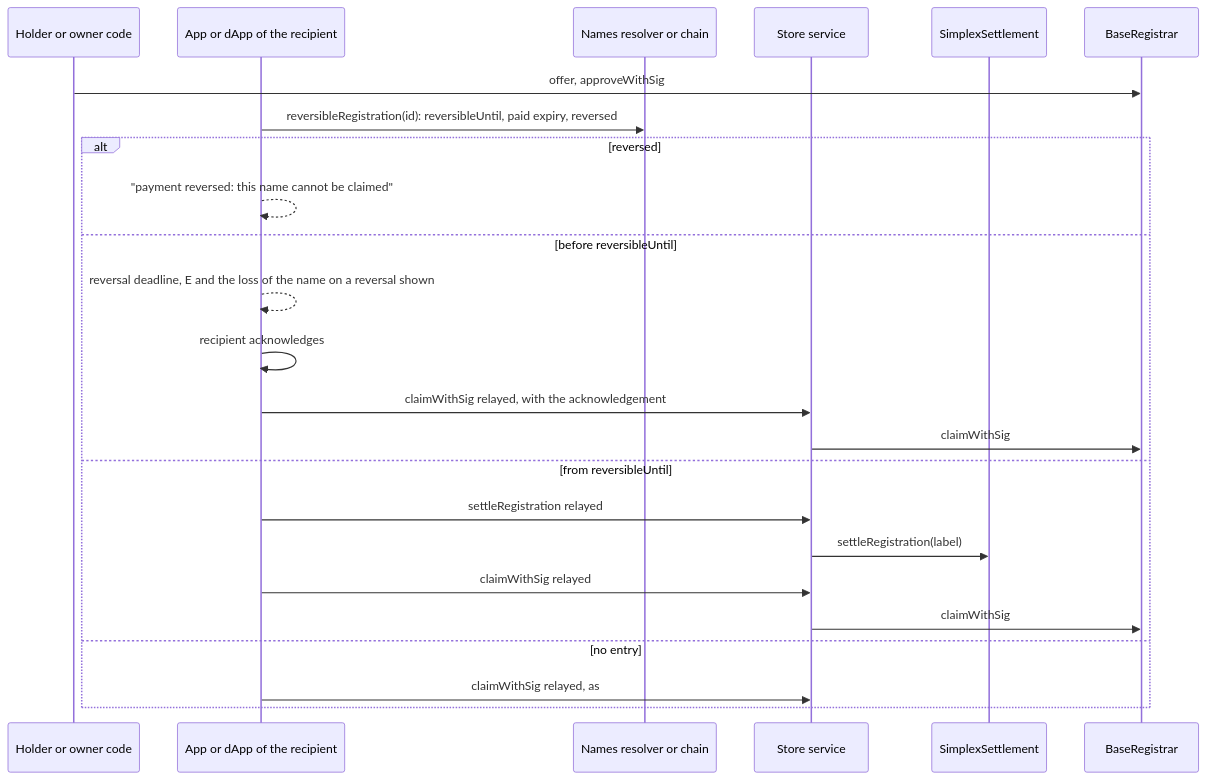
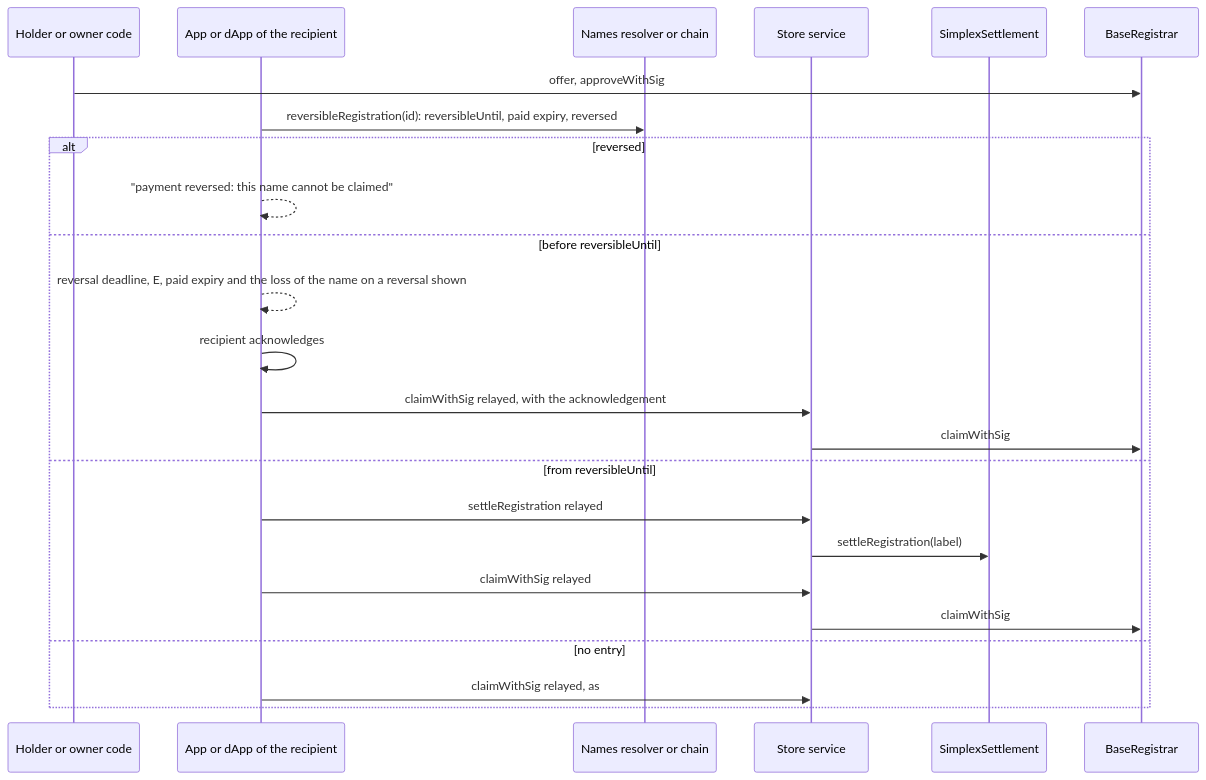
The third of 7 diagrams in docs/plans/payment-reversal.md (brenzi-agent/simplex-namespace-contract), drawn with Mermaid before and after one commit. The commit also changed other lines of this file, not shown here.

````diff
--- a/docs/plans/payment-reversal.md
+++ b/docs/plans/payment-reversal.md
@@ -187,26 +189,26 @@
 ```mermaid
 sequenceDiagram
   participant H as Holder or owner code
   participant Cl as App or dApp of the recipient
   participant Rs as Names resolver or chain
   participant S as Store service
   participant St as SimplexSettlement
   participant R as BaseRegistrar
   H->>R: offer, approveWithSig
   Cl->>Rs: reversibleRegistration(id): reversibleUntil, paid expiry, reversed
   alt reversed
     Cl-->>Cl: "payment reversed: this name cannot be claimed"
   else before reversibleUntil
-    Cl-->>Cl: reversal deadline, E and the loss of the name on a reversal shown
+    Cl-->>Cl: reversal deadline, E, paid expiry and the loss of the name on a reversal shown
     Cl->>Cl: recipient acknowledges
     Cl->>S: claimWithSig relayed, with the acknowledgement
     S->>R: claimWithSig
   else from reversibleUntil
     Cl->>S: settleRegistration relayed
     S->>St: settleRegistration(label)
     Cl->>S: claimWithSig relayed
     S->>R: claimWithSig
   else no entry
     Cl->>S: claimWithSig relayed, as #49
   end
 ```
````
